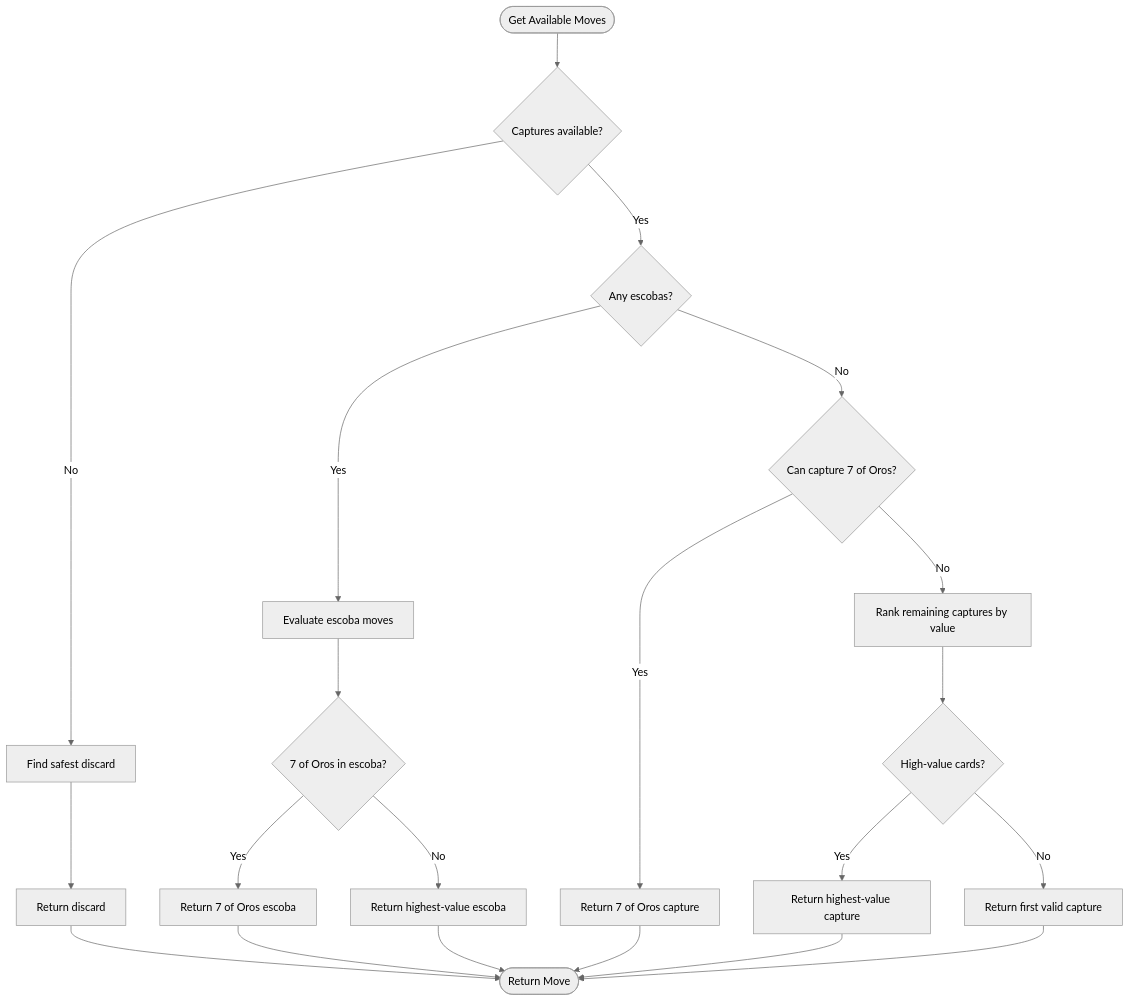
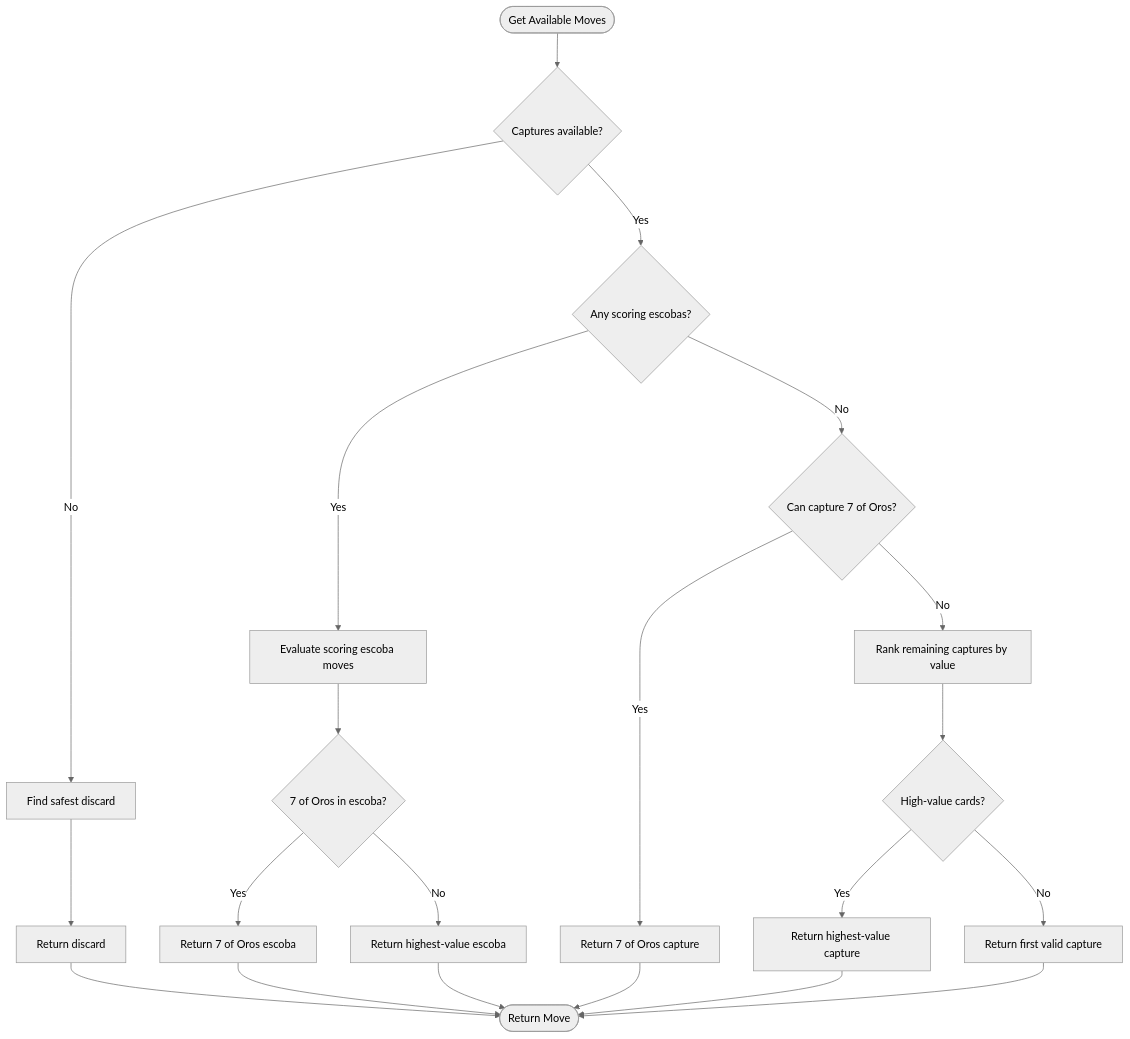
One commit to OMerkel/escoba changed the seventh of 11 diagrams in doc/software_architecture_diagrams.md. Above: the diagram before and after it, drawn with Mermaid (neutral theme). The commit also changed other lines of this file and 24 other files, not shown here.

````diff
--- a/doc/software_architecture_diagrams.md
+++ b/doc/software_architecture_diagrams.md
@@ -288,31 +293,31 @@
 ```mermaid
 flowchart TD
     Start([Get Available Moves]) --> CheckCaptures{Captures available?}
 
     CheckCaptures -->|No| FindDiscard[Find safest discard]
     FindDiscard --> ReturnDiscard[Return discard]
 
-    CheckCaptures -->|Yes| FilterEscobas{Any escobas?}
+    CheckCaptures -->|Yes| FilterEscobas{Any scoring escobas?}
 
-    FilterEscobas -->|Yes| Escobas[Evaluate escoba moves]
+    FilterEscobas -->|Yes| Escobas[Evaluate scoring escoba moves]
     Escobas --> EscobaPriority{7 of Oros in escoba?}
     EscobaPriority -->|Yes| ReturnEscoba7[Return 7 of Oros escoba]
     EscobaPriority -->|No| ReturnEscoba[Return highest-value escoba]
 
     FilterEscobas -->|No| Check7Oros{Can capture 7 of Oros?}
 
     Check7Oros -->|Yes| Return7[Return 7 of Oros capture]
 
     Check7Oros -->|No| RankRemaining[Rank remaining captures by value]
     RankRemaining --> EvalValue{High-value cards?}
 
     EvalValue -->|Yes| ReturnHighValue[Return highest-value capture]
     EvalValue -->|No| ReturnFirstValid[Return first valid capture]
 
     ReturnDiscard --> End([Return Move])
     ReturnEscoba7 --> End
     ReturnEscoba --> End
     Return7 --> End
     ReturnHighValue --> End
     ReturnFirstValid --> End
 ```
````
